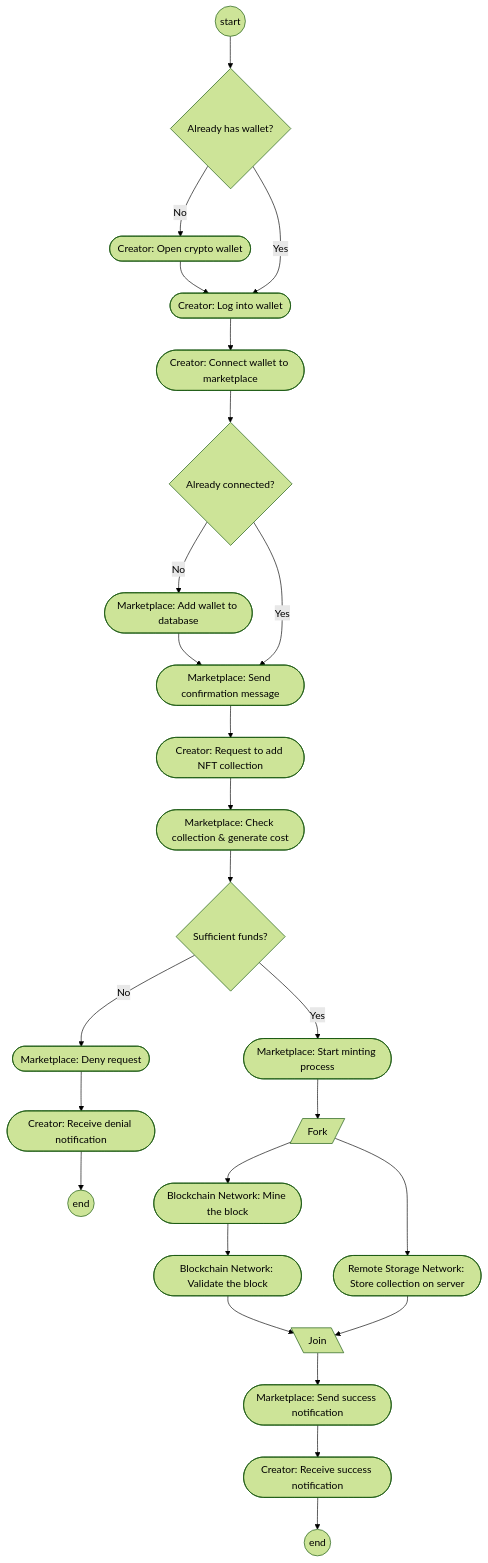
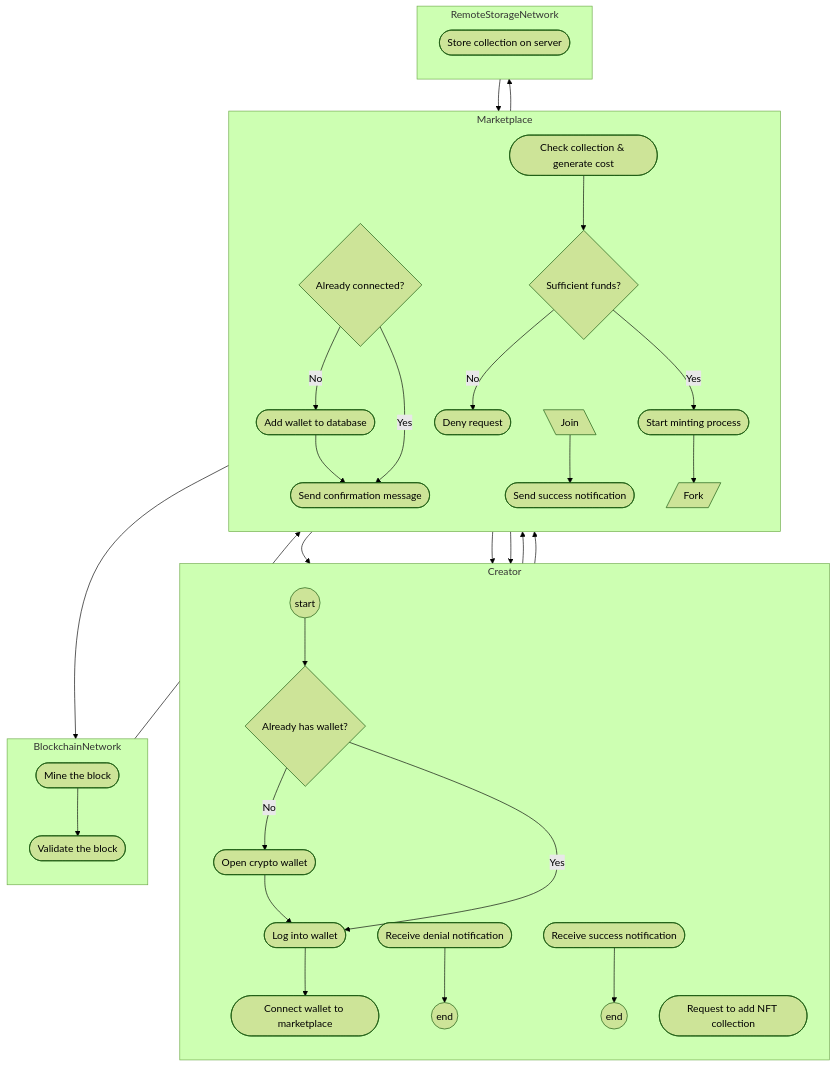
The diagram in study_materials/03_Activity_NFT_Marketplace.md (sharzilnfz/471), drawn with Mermaid (forest theme) before and after one commit. The commit also changed 8 other files, not shown here.

Commit message:
feat: rewrite all activity diagrams with proper swimlane subgraphs

````diff
--- a/study_materials/03_Activity_NFT_Marketplace.md
+++ b/study_materials/03_Activity_NFT_Marketplace.md
@@ -78,39 +78,78 @@
 ```mermaid
 graph TD
-    Start((start)) --> HasWalletDec{Already has wallet?}
+    subgraph Creator
+        direction TB
+        Start((start))
+        HasWalletDec{Already has wallet?}
+        OpenWallet([Open crypto wallet])
+        LogIntoWallet([Log into wallet])
+        ConnectWallet([Connect wallet to marketplace])
+        ReqAddNFT([Request to add NFT collection])
+        ReceiveDenial([Receive denial notification])
+        End1((end))
+        ReceiveSuccess([Receive success notification])
+        End2((end))
+    end
+    
+    subgraph Marketplace
+        direction TB
+        CheckConnected{Already connected?}
+        AddDB([Add wallet to database])
+        SendConfirm([Send confirmation message])
+        CheckCollection([Check collection & generate cost])
+        FundsDec{Sufficient funds?}
+        DenyReq([Deny request])
+        StartMinting([Start minting process])
+        ForkNode[/ Fork /]
+        JoinNode[\ Join \]
+        SendSuccess([Send success notification])
+    end
+    
+    subgraph BlockchainNetwork
+        direction TB
+        MineBlock([Mine the block])
+        ValidateBlock([Validate the block])
+    end
+    
+    subgraph RemoteStorageNetwork
+        direction TB
+        StoreCollection([Store collection on server])
+    end
 
-    HasWalletDec -->|No| OpenWallet([Creator: Open crypto wallet])
-    OpenWallet --> LogIntoWallet([Creator: Log into wallet])
+    Start --> HasWalletDec
+
+    HasWalletDec -->|No| OpenWallet
+    OpenWallet --> LogIntoWallet
     HasWalletDec -->|Yes| LogIntoWallet
     
-    LogIntoWallet --> ConnectWallet([Creator: Connect wallet to marketplace])
-    ConnectWallet --> CheckConnected{Already connected?}
+    LogIntoWallet --> ConnectWallet
+    ConnectWallet --> CheckConnected
     
-    CheckConnected -->|No| AddDB([Marketplace: Add wallet to database])
-    AddDB --> SendConfirm([Marketplace: Send confirmation message])
+    CheckConnected -->|No| AddDB
+    AddDB --> SendConfirm
     CheckConnected -->|Yes| SendConfirm
     
-    SendConfirm --> ReqAddNFT([Creator: Request to add NFT collection])
-    ReqAddNFT --> CheckCollection([Marketplace: Check collection & generate cost])
+    SendConfirm --> ReqAddNFT
+    ReqAddNFT --> CheckCollection
     
-    CheckCollection --> FundsDec{Sufficient funds?}
-    FundsDec -->|No| DenyReq([Marketplace: Deny request])
-    DenyReq --> ReceiveDenial([Creator: Receive denial notification])
-    ReceiveDenial --> End1((end))
+    CheckCollection --> FundsDec
+    FundsDec -->|No| DenyReq
+    DenyReq --> ReceiveDenial
+    ReceiveDenial --> End1
     
-    FundsDec -->|Yes| StartMinting([Marketplace: Start minting process])
-    StartMinting --> ForkNode[/ Fork /]
+    FundsDec -->|Yes| StartMinting
+    StartMinting --> ForkNode
     
     %% Branch 1: Blockchain
-    ForkNode --> MineBlock([Blockchain Network: Mine the block])
-    MineBlock --> ValidateBlock([Blockchain Network: Validate the block])
-    ValidateBlock --> JoinNode[\ Join \]
+    ForkNode --> MineBlock
+    MineBlock --> ValidateBlock
+    ValidateBlock --> JoinNode
     
     %% Branch 2: Storage
-    ForkNode --> StoreCollection([Remote Storage Network: Store collection on server])
+    ForkNode --> StoreCollection
     StoreCollection --> JoinNode
     
-    JoinNode --> SendSuccess([Marketplace: Send success notification])
-    SendSuccess --> ReceiveSuccess([Creator: Receive success notification])
-    ReceiveSuccess --> End2((end))
+    JoinNode --> SendSuccess
+    SendSuccess --> ReceiveSuccess
+    ReceiveSuccess --> End2
 ```
````
